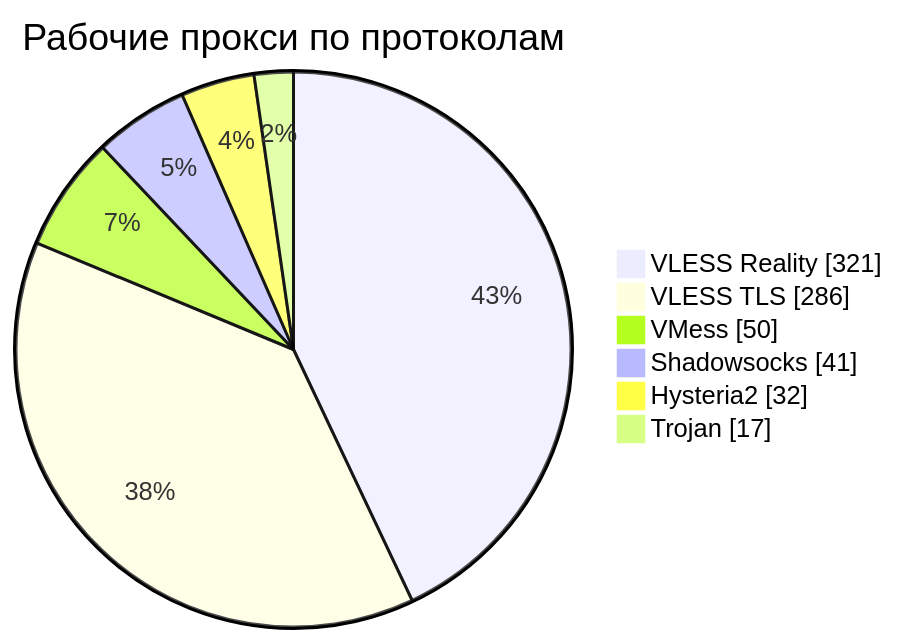
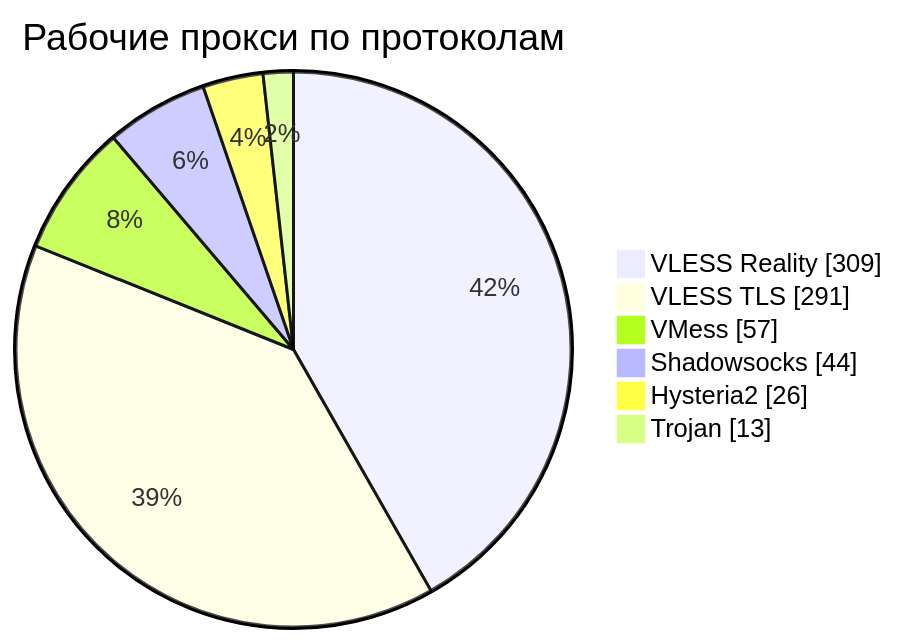
One commit to rvvg/proxy-subs changed the third of 4 diagrams in README.md. Above: the diagram before and after it, drawn with Mermaid. The commit also changed other lines of this file and 51 other files, not shown here.

````diff
--- a/README.md
+++ b/README.md
@@ -138,10 +137,10 @@
 ```mermaid
 pie showData
     title Рабочие прокси по протоколам
-    "VLESS Reality" : 321
-    "VLESS TLS" : 286
-    "VMess" : 50
-    "Shadowsocks" : 41
-    "Hysteria2" : 32
-    "Trojan" : 17
+    "VLESS Reality" : 309
+    "VLESS TLS" : 291
+    "VMess" : 57
+    "Shadowsocks" : 44
+    "Hysteria2" : 26
+    "Trojan" : 13
 ```
````
